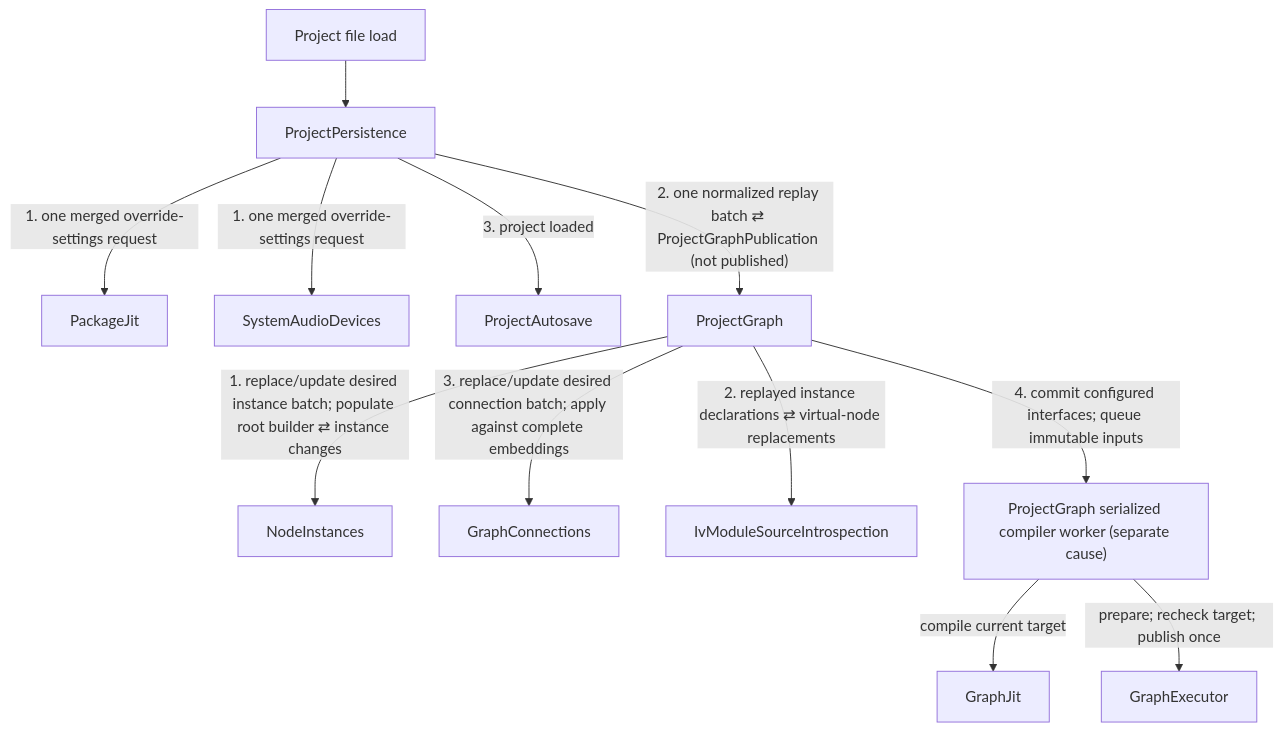
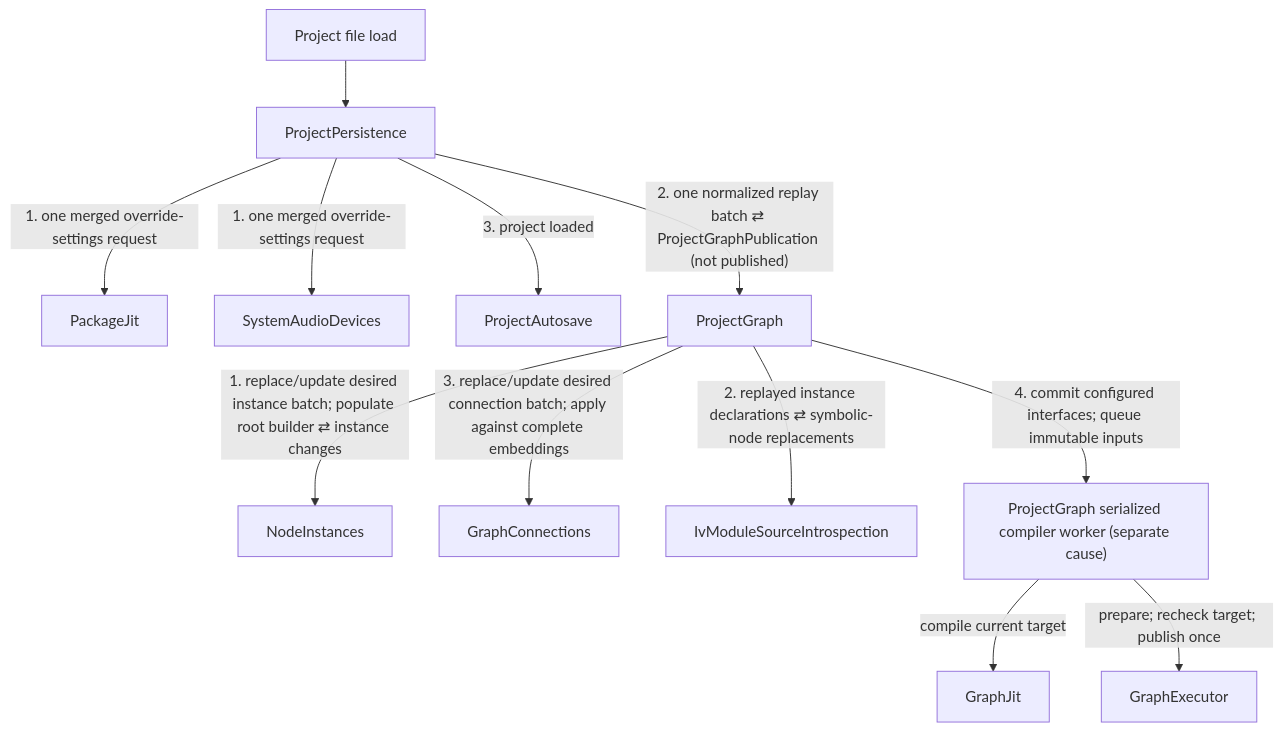
The first of 2 diagrams in docs/event_flows/startup_and_project_replay.md (ljleb/intravenous), drawn with Mermaid before and after one commit. The commit also changed 194 other files, not shown here.

Commit message:
virtual node -> symbolic node, and beginning of wasm presentation for automation curves

````diff
--- a/docs/event_flows/startup_and_project_replay.md
+++ b/docs/event_flows/startup_and_project_replay.md
@@ -10,26 +10,26 @@
 ```mermaid
 flowchart TD
     SRC["Project file load"]
     PP["ProjectPersistence"]
     PJ["PackageJit"]
     SAD["SystemAudioDevices"]
     PA["ProjectAutosave"]
     PG["ProjectGraph"]
     NI["NodeInstances"]
     GC["GraphConnections"]
     IMSI["IvModuleSourceIntrospection"]
     GJ["GraphJit"]
     GE["GraphExecutor"]
 
     SRC --> PP
     PP -->|"1. one merged override-settings request"| PJ
     PP -->|"1. one merged override-settings request"| SAD
     PP -->|"2. one normalized replay batch ⇄ ProjectGraphPublication (not published)"| PG
     PP -->|"3. project loaded"| PA
     PG -->|"1. replace/update desired instance batch; populate root builder ⇄ instance changes"| NI
-    PG -->|"2. replayed instance declarations ⇄ virtual-node replacements"| IMSI
+    PG -->|"2. replayed instance declarations ⇄ symbolic-node replacements"| IMSI
     PG -->|"3. replace/update desired connection batch; apply against complete embeddings"| GC
     PG -->|"4. commit configured interfaces; queue immutable inputs"| WORK["ProjectGraph serialized compiler worker (separate cause)"]
     WORK -->|"compile current target"| GJ
     WORK -->|"prepare; recheck target; publish once"| GE
 ```
````
